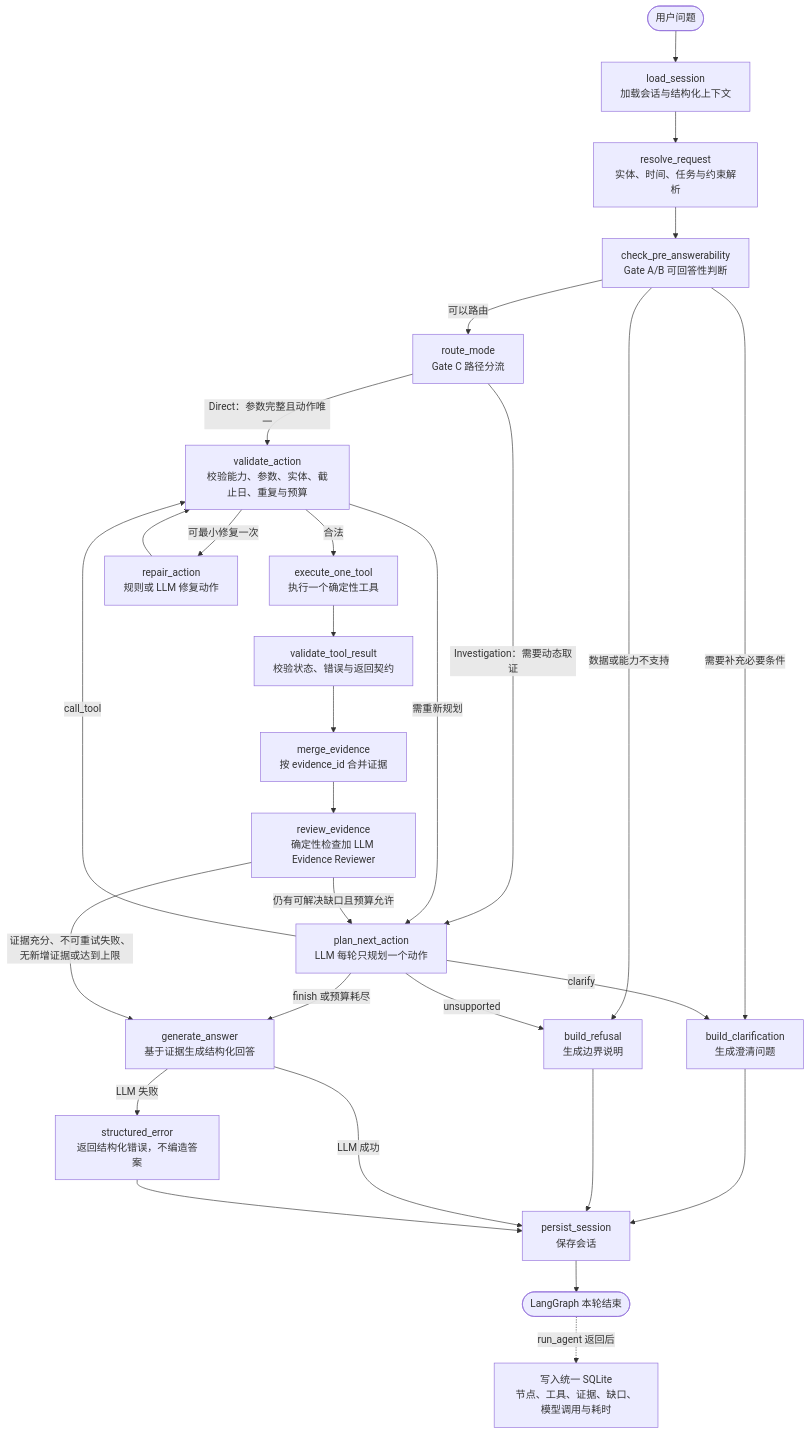
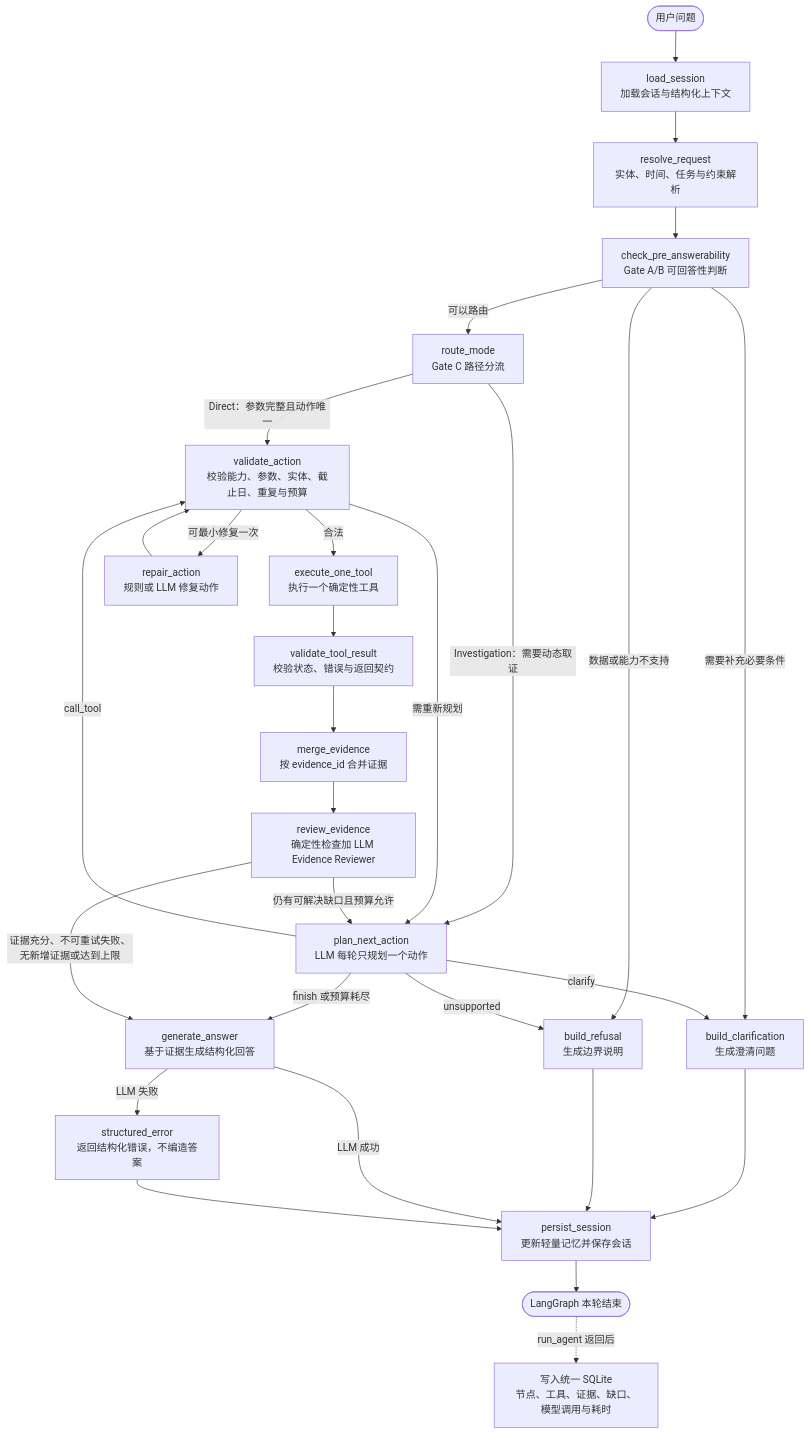
One commit to Ink0722/FinTrace changed the diagram in docs/04-在线Agent、记忆、路由与证据工作流.md. Above: the diagram before and after it, drawn with Mermaid. The commit also changed other lines of this file and 33 other files, not shown here.

````diff
--- a/docs/04-在线Agent、记忆、路由与证据工作流.md
+++ b/docs/04-在线Agent、记忆、路由与证据工作流.md
@@ -33,38 +33,38 @@
 ```mermaid
 flowchart TD
     START([用户问题]) --> LS[load_session<br/>加载会话与结构化上下文]
     LS --> RR[resolve_request<br/>实体、时间、任务与约束解析]
     RR --> PA[check_pre_answerability<br/>Gate A/B 可回答性判断]
 
     PA -->|需要补充必要条件| BC[build_clarification<br/>生成澄清问题]
     PA -->|数据或能力不支持| BR[build_refusal<br/>生成边界说明]
     PA -->|可以路由| RM[route_mode<br/>Gate C 路径分流]
-    BC --> PS[persist_session<br/>保存会话]
+    BC --> PS[persist_session<br/>更新轻量记忆并保存会话]
     BR --> PS
 
     RM -->|Direct：参数完整且动作唯一| VA[validate_action<br/>校验能力、参数、实体、截止日、重复与预算]
     RM -->|Investigation：需要动态取证| PN[plan_next_action<br/>LLM 每轮只规划一个动作]
 
     PN -->|call_tool| VA
     PN -->|clarify| BC
     PN -->|unsupported| BR
     PN -->|finish 或预算耗尽| GA[generate_answer<br/>基于证据生成结构化回答]
 
     VA -->|合法| ET[execute_one_tool<br/>执行一个确定性工具]
     VA -->|可最小修复一次| RA[repair_action<br/>规则或 LLM 修复动作]
     VA -->|需重新规划| PN
     RA --> VA
 
     ET --> VT[validate_tool_result<br/>校验状态、错误与返回契约]
     VT --> ME[merge_evidence<br/>按 evidence_id 合并证据]
     ME --> RE[review_evidence<br/>确定性检查加 LLM Evidence Reviewer]
 
     RE -->|仍有可解决缺口且预算允许| PN
     RE -->|证据充分、不可重试失败、无新增证据或达到上限| GA
 
     GA -->|LLM 成功| PS
     GA -->|LLM 失败| SE[structured_error<br/>返回结构化错误，不编造答案]
     SE --> PS
     PS --> END([LangGraph 本轮结束])
     END -. run_agent 返回后 .-> TRACE[写入统一 SQLite<br/>节点、工具、证据、缺口、模型调用与耗时]
 ```
````
